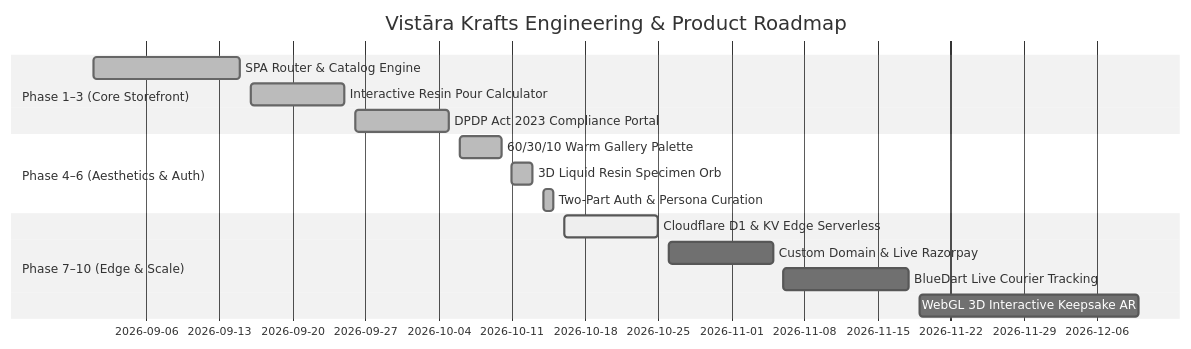
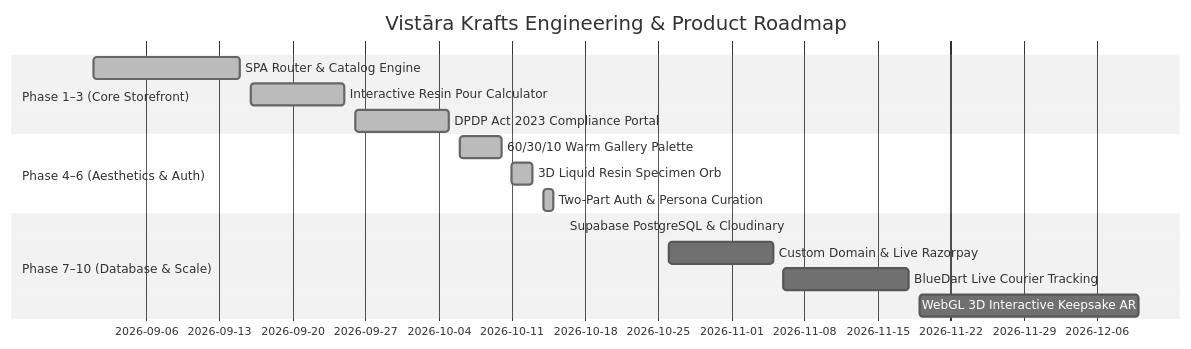
Before and after one commit to abhieee-java/vistara-krafts: the diagram in roadmap.md, drawn with Mermaid (neutral theme). The commit also changed other lines of this file and 28 other files, not shown here.

First line of the commit message:
feat(architecture): complete migration to Supabase (PostgreSQL 15+ & Auth) and Cloudinary storage

````diff
--- a/roadmap.md
+++ b/roadmap.md
@@ -11,18 +11,18 @@
 ```mermaid
 gantt
     title Vistāra Krafts Engineering & Product Roadmap
     dateFormat  YYYY-MM-DD
     section Phase 1–3 (Core Storefront)
     SPA Router & Catalog Engine       :done, p1, 2026-09-01, 2026-09-15
     Interactive Resin Pour Calculator :done, p2, 2026-09-16, 2026-09-25
     DPDP Act 2023 Compliance Portal   :done, p3, 2026-09-26, 2026-10-05
     section Phase 4–6 (Aesthetics & Auth)
     60/30/10 Warm Gallery Palette    :done, p4, 2026-10-06, 2026-10-10
     3D Liquid Resin Specimen Orb      :done, p5, 2026-10-11, 2026-10-13
     Two-Part Auth & Persona Curation  :done, p6, 2026-10-14, 2026-10-15
-    section Phase 7–10 (Edge & Scale)
-    Cloudflare D1 & KV Edge Serverless :active, p7, 2026-10-16, 2026-10-25
+    section Phase 7–10 (Database & Scale)
+    Supabase PostgreSQL & Cloudinary :done, p7, 2026-10-16, 2026-10-16
     Custom Domain & Live Razorpay     : p8, 2026-10-26, 2026-11-05
     BlueDart Live Courier Tracking    : p9, 2026-11-06, 2026-11-18
     WebGL 3D Interactive Keepsake AR   : p10, 2026-11-19, 2026-12-10
 ```
````
